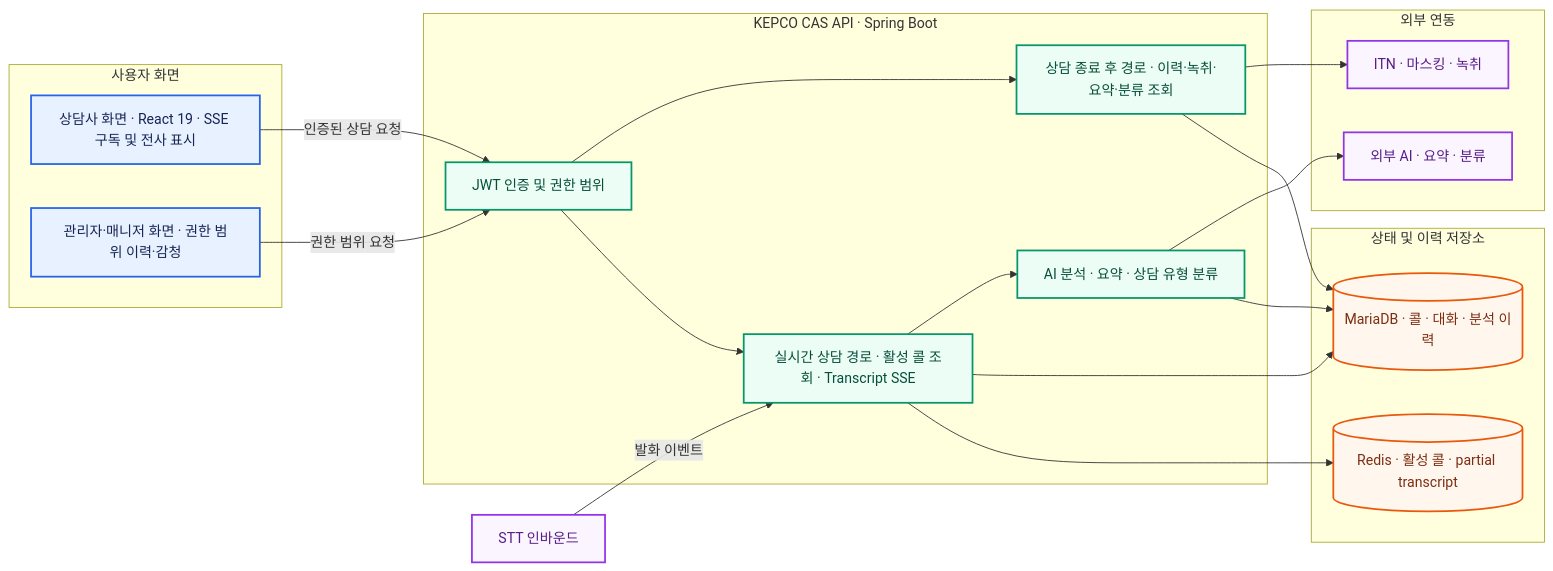
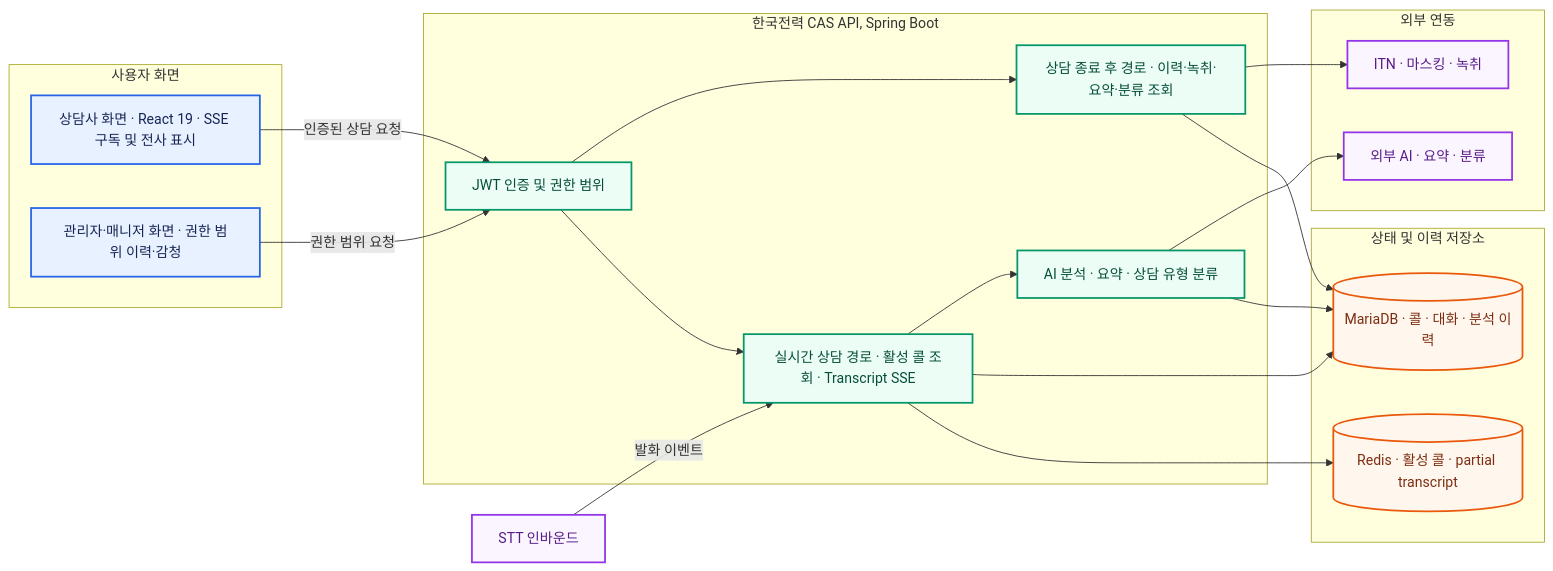
Before and after one commit to noonnofus/Portfolio-terminal-OS: the diagram in public/diagrams/kepco-advisor-architecture.mmd, drawn with Mermaid. The commit also changed 61 other files, not shown here.

```diff
--- a/public/diagrams/kepco-advisor-architecture.mmd
+++ b/public/diagrams/kepco-advisor-architecture.mmd
@@ -1,46 +1,46 @@
 flowchart LR
     stt["STT 인바운드"]
 
     subgraph client["사용자 화면"]
         agent["상담사 화면 · React 19 · SSE 구독 및 전사 표시"]
         manager["관리자·매니저 화면 · 권한 범위 이력·감청"]
     end
 
-    subgraph api["KEPCO CAS API · Spring Boot"]
+    subgraph api["한국전력 CAS API, Spring Boot"]
         auth["JWT 인증 및 권한 범위"]
         live["실시간 상담 경로 · 활성 콜 조회 · Transcript SSE"]
         history["상담 종료 후 경로 · 이력·녹취·요약·분류 조회"]
         analysis["AI 분석 · 요약 · 상담 유형 분류"]
     end
 
     subgraph data["상태 및 이력 저장소"]
         redis[("Redis · 활성 콜 · partial transcript")]
         mariadb[("MariaDB · 콜 · 대화 · 분석 이력")]
     end
 
     subgraph integration["외부 연동"]
         ai["외부 AI · 요약 · 분류"]
         external["ITN · 마스킹 · 녹취"]
     end
 
     agent -->|"인증된 상담 요청"| auth
     manager -->|"권한 범위 요청"| auth
     auth --> live
     auth --> history
     stt -->|"발화 이벤트"| live
     live --> redis
     live --> mariadb
     live --> analysis
     history --> mariadb
     history --> external
     analysis --> mariadb
     analysis --> ai
 
     classDef client fill:#e8f1ff,stroke:#2563eb,color:#172554,stroke-width:2px
     classDef api fill:#ecfdf5,stroke:#059669,color:#064e3b,stroke-width:2px
     classDef store fill:#fff7ed,stroke:#ea580c,color:#7c2d12,stroke-width:2px
     classDef external fill:#faf5ff,stroke:#9333ea,color:#581c87,stroke-width:2px
     class agent,manager client
     class auth,live,history,analysis api
     class redis,mariadb store
     class stt,ai,external external
```
